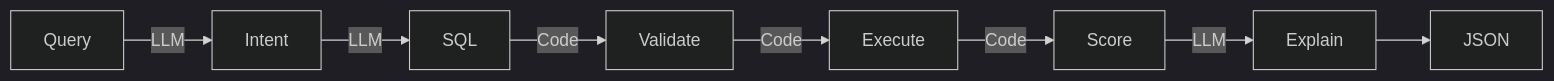
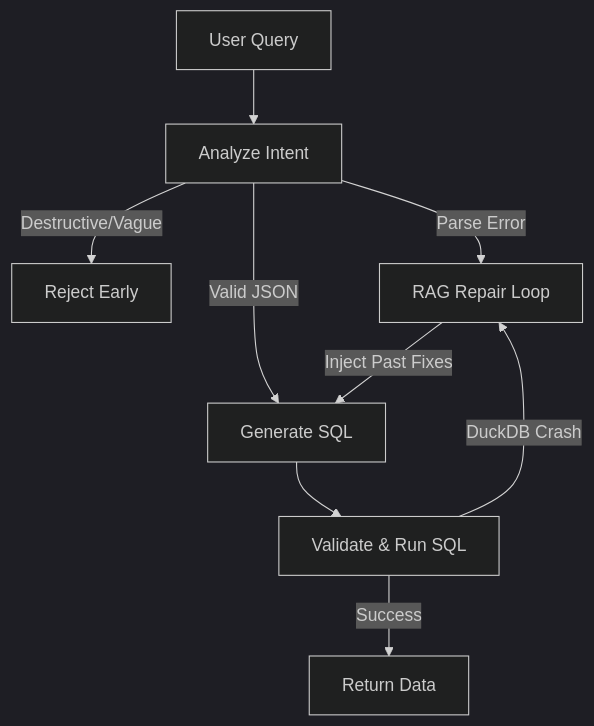
The second of 4 diagrams in README.md (mudgalma/text-to-sql-2), drawn with Mermaid (dark theme) before and after one commit. The commit also changed other lines of this file, not shown here.

Commit message:
docs: document fail-fast and retry architecture

````diff
--- a/README.md
+++ b/README.md
@@ -153,10 +153,15 @@
 ```mermaid
-flowchart LR
-    Q[Query] -->|LLM| I[Intent]
-    I -->|LLM| S[SQL]
-    S -->|Code| V[Validate]
-    V -->|Code| E[Execute]
-    E -->|Code| C[Score]
-    C -->|LLM| X[Explain]
-    X --> J[JSON]
+flowchart TD
+    Q[User Query] --> A[Analyze Intent]
+    
+    A -->|Destructive/Vague| REJ[Reject Early]
+    A -->|Parse Error| RAG[RAG Repair Loop]
+    A -->|Valid JSON| G[Generate SQL]
+    
+    G --> V[Validate & Run SQL]
+    
+    V -->|DuckDB Crash| RAG
+    V -->|Success| R[Return Data]
+    
+    RAG -->|Inject Past Fixes| G
 ```
````
